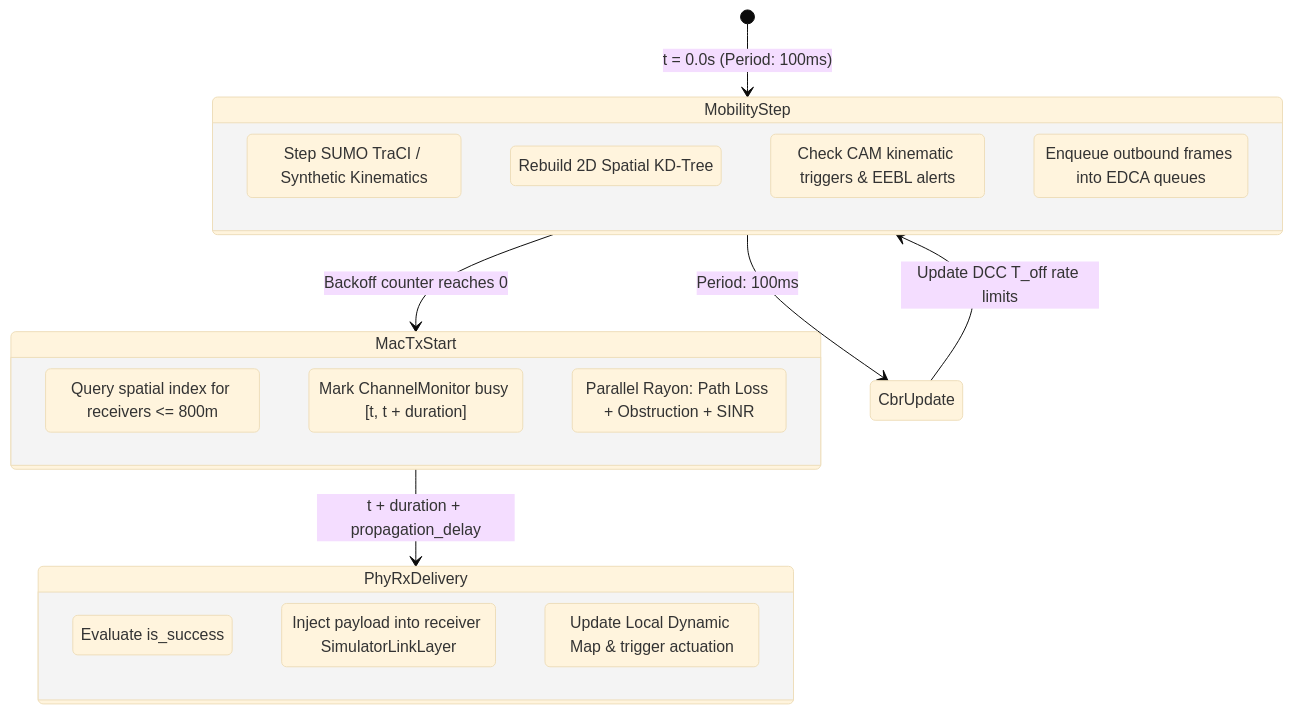
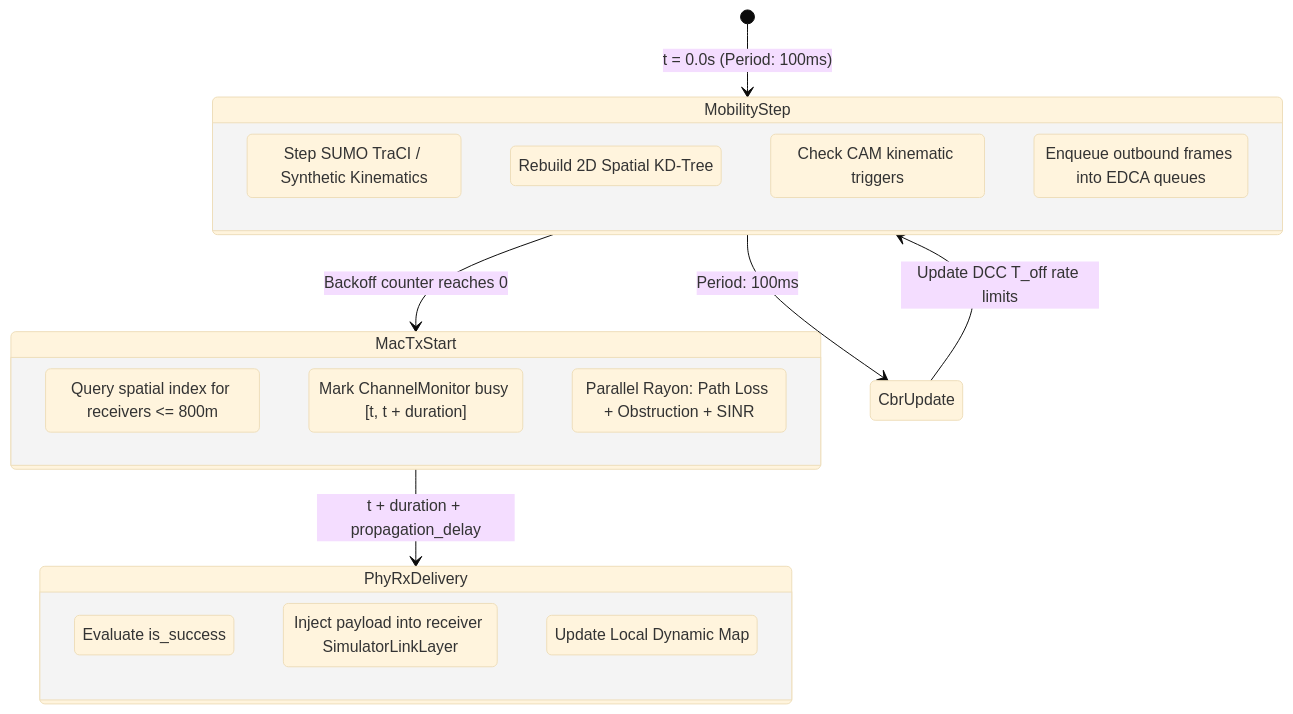
The diagram in docs/architecture/overview.md (Fundacio-i2CAT/RustV2XSimulator), drawn with Mermaid (base theme) before and after one commit. The commit also changed other lines of this file and 34 other files, not shown here.

First line of the commit message:
Remove Krauss actuation, EEBL pipeline, paper ablation flags, and Monaco/CARISSMA configs

````diff
--- a/docs/architecture/overview.md
+++ b/docs/architecture/overview.md
@@ -37,30 +37,30 @@
 ```mermaid
 stateDiagram-v2
     [*] --> MobilityStep: t = 0.0s (Period: 100ms)
     
     state MobilityStep {
         SumoStep: Step SUMO TraCI / Synthetic Kinematics
         RebuildKD: Rebuild 2D Spatial KD-Tree
-        EvalTriggers: Check CAM kinematic triggers & EEBL alerts
+        EvalTriggers: Check CAM kinematic triggers
         QueueMAC: Enqueue outbound frames into EDCA queues
     }
     
     MobilityStep --> MacTxStart: Backoff counter reaches 0
     
     state MacTxStart {
         KDQuery: Query spatial index for receivers <= 800m
         ChannelBusy: Mark ChannelMonitor busy [t, t + duration]
         RadioEval: Parallel Rayon: Path Loss + Obstruction + SINR
     }
     
     MacTxStart --> PhyRxDelivery: t + duration + propagation_delay
     
     state PhyRxDelivery {
         CheckSuccess: Evaluate is_success
         InjectLink: Inject payload into receiver SimulatorLinkLayer
-        UpdateLDM: Update Local Dynamic Map & trigger actuation
+        UpdateLDM: Update Local Dynamic Map
     }
     
     MobilityStep --> CbrUpdate: Period: 100ms
     CbrUpdate --> MobilityStep: Update DCC T_off rate limits
 ```
````
